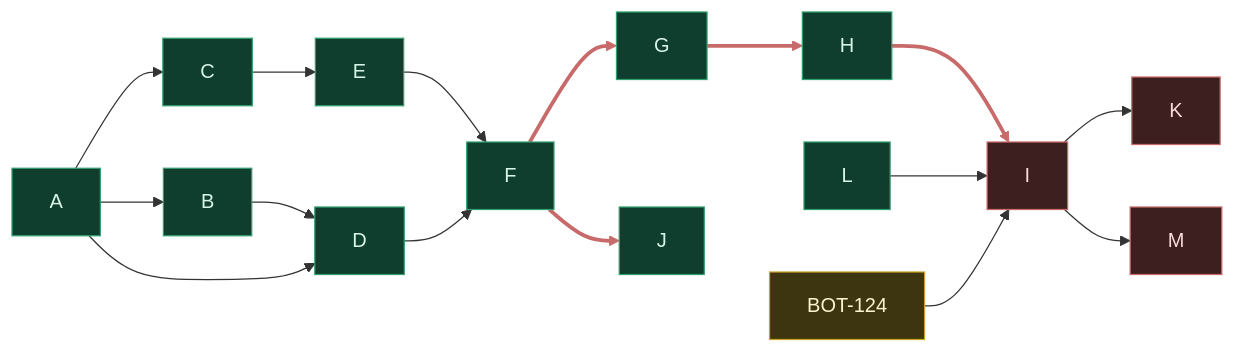
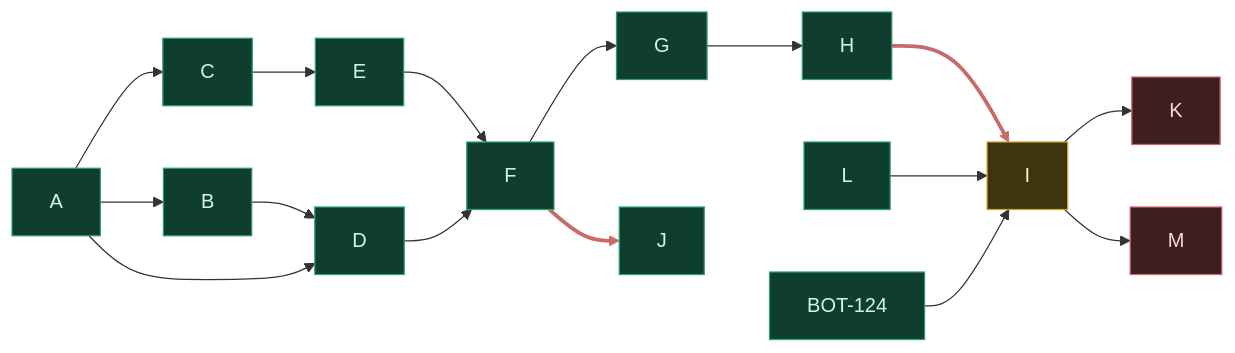
Before and after one commit to anhembedded/Sagittarius_Elite_Warrior: the second of 4 diagrams in Tasks/epics/EPIC-021_ket_noi_binance_futures_testnet/TRANG_THAI_va_LO_TRINH.md, drawn with Mermaid. The commit also changed other lines of this file and 14 other files, not shown here.

````diff
--- a/Tasks/epics/EPIC-021_ket_noi_binance_futures_testnet/TRANG_THAI_va_LO_TRINH.md
+++ b/Tasks/epics/EPIC-021_ket_noi_binance_futures_testnet/TRANG_THAI_va_LO_TRINH.md
@@ -82,23 +82,23 @@
 ```mermaid
 flowchart LR
   classDef done fill:#0f3d2e,stroke:#2f9e6e,color:#d7f5e6
   classDef todo fill:#3d1f1f,stroke:#c96a6a,color:#fadada
   classDef ready fill:#3d3410,stroke:#c9a227,color:#fdf3d0
 
   A["A"] --> B["B"] --> D["D"]
   A --> C["C"] --> E["E"] --> F["F"]
   A --> D
   D --> F
   F --> G["G"] --> H["H"] --> I["I"]
   F --> J["J"]
   L["L"] --> I
   T124["BOT-124"] --> I
   I --> K["K"]
   I --> M["M"]
 
-  class A,B,C,D,E,F,G,H,J,L done
-  class T124 ready
-  class I,K,M todo
+  class A,B,C,D,E,F,G,H,J,L,T124 done
+  class I ready
+  class K,M todo
 
-  linkStyle 7,8,9,10 stroke:#c96a6a,stroke-width:3px
+  linkStyle 9,10 stroke:#c96a6a,stroke-width:3px
 ```
````
